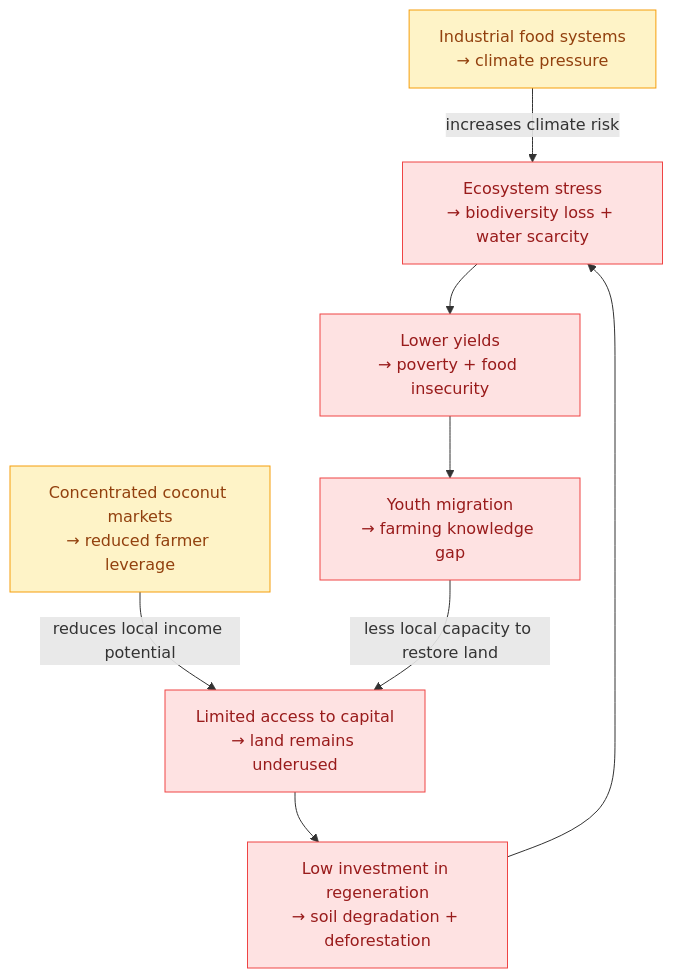
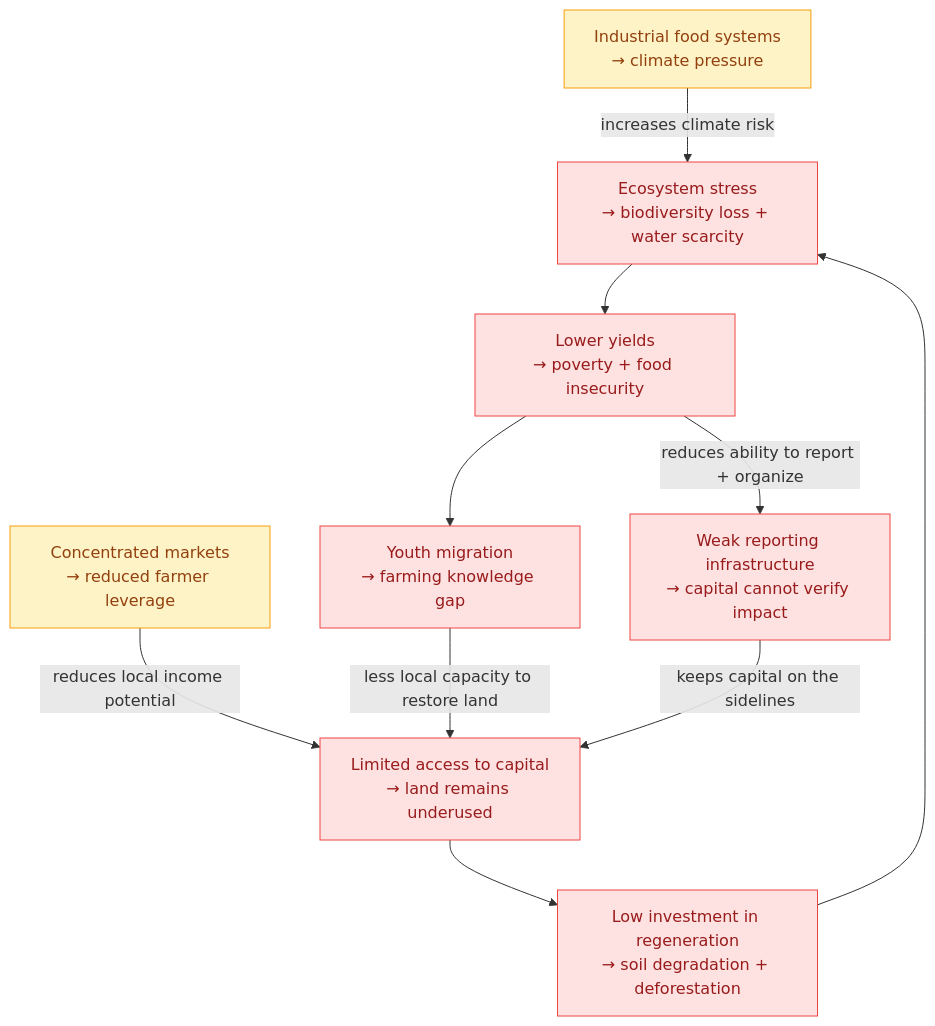
Before and after one commit to wasalo/Kokonut-Public-Site: the diagram in ecosystem-wiki/kokonut-101/problem.mdx, drawn with Mermaid. The commit also changed other lines of this file, not shown here.

````diff
--- a/ecosystem-wiki/kokonut-101/problem.mdx
+++ b/ecosystem-wiki/kokonut-101/problem.mdx
@@ -38,29 +125,33 @@
 ```mermaid
 flowchart TD
     F["Industrial food systems\n→ climate pressure"]
-    G["Concentrated coconut markets\n→ reduced farmer leverage"]
+    G["Concentrated markets\n→ reduced farmer leverage"]
 
     A["Limited access to capital\n→ land remains underused"]
     B["Low investment in regeneration\n→ soil degradation + deforestation"]
     C["Ecosystem stress\n→ biodiversity loss + water scarcity"]
     D["Lower yields\n→ poverty + food insecurity"]
     E["Youth migration\n→ farming knowledge gap"]
+    H["Weak reporting infrastructure\n→ capital cannot verify impact"]
 
     F -->|"increases climate risk"| C
     G -->|"reduces local income potential"| A
 
     A --> B
     B --> C
     C --> D
     D --> E
     E -->|"less local capacity to restore land"| A
+    H -->|"keeps capital on the sidelines"| A
+    D -->|"reduces ability to report + organize"| H
 
     style A fill:#fee2e2,stroke:#ef4444,color:#991b1b
     style B fill:#fee2e2,stroke:#ef4444,color:#991b1b
     style C fill:#fee2e2,stroke:#ef4444,color:#991b1b
     style D fill:#fee2e2,stroke:#ef4444,color:#991b1b
     style E fill:#fee2e2,stroke:#ef4444,color:#991b1b
+    style H fill:#fee2e2,stroke:#ef4444,color:#991b1b
 
     style F fill:#fef3c7,stroke:#f59e0b,color:#92400e
     style G fill:#fef3c7,stroke:#f59e0b,color:#92400e
 ```
````
